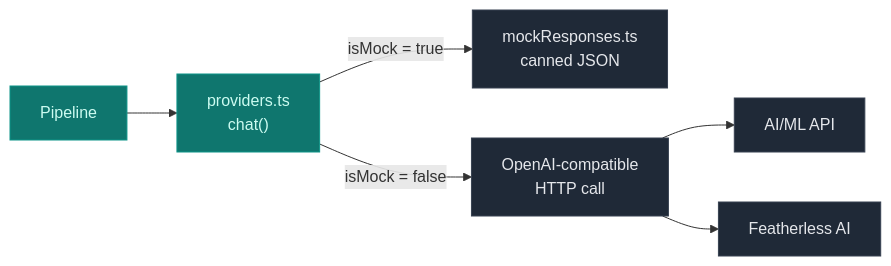
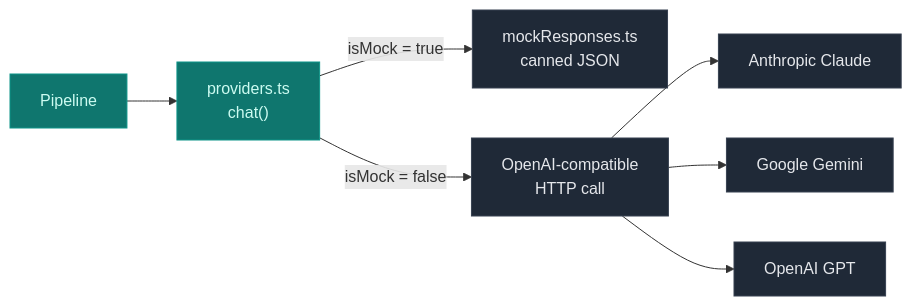
The third of 3 diagrams in docs/architecture.md (DevMhrn/argue-d-agent), drawn with Mermaid before and after one commit. The commit also changed other lines of this file and 5 other files, not shown here.

Commit message:
docs: sweep AI/ML API + Featherless references to Claude/Gemini/OpenAI across docs and comments

````diff
--- a/docs/architecture.md
+++ b/docs/architecture.md
@@ -206,13 +208,14 @@
 ```mermaid
 flowchart LR
   PIPELINE[Pipeline] --> CHAT["providers.ts<br/>chat()"]
   CHAT -->|isMock = true| MOCK[mockResponses.ts<br/>canned JSON]
   CHAT -->|isMock = false| LIVE[OpenAI-compatible<br/>HTTP call]
-  LIVE --> P1[AI/ML API]
-  LIVE --> P2[Featherless AI]
+  LIVE --> P1[Anthropic Claude]
+  LIVE --> P2[Google Gemini]
+  LIVE --> P3[OpenAI GPT]
 
   classDef pipe fill:#0f766e,stroke:#0d9488,color:#ccfbf1;
   classDef leaf fill:#1f2937,stroke:#374151,color:#e5e7eb;
   class PIPELINE,CHAT pipe;
-  class MOCK,LIVE,P1,P2 leaf;
+  class MOCK,LIVE,P1,P2,P3 leaf;
 ```
````
